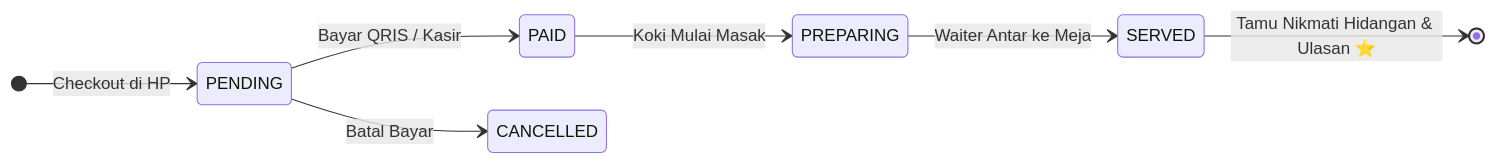
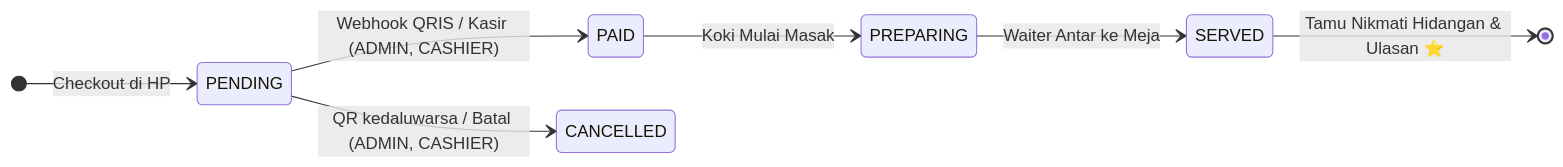
The fourth of 5 diagrams in docs/integration/frontend-integration-guide.md (dwigunardi/be-menu-scan-latihan), drawn with Mermaid before and after one commit. The commit also changed other lines of this file and 4 other files, not shown here.

````diff
--- a/docs/integration/frontend-integration-guide.md
+++ b/docs/integration/frontend-integration-guide.md
@@ -746,10 +773,10 @@
 ```mermaid
 stateDiagram-v2
     direction LR
     [*] --> PENDING : Checkout di HP
-    PENDING --> PAID : Bayar QRIS / Kasir
+    PENDING --> PAID : Webhook QRIS / Kasir (ADMIN, CASHIER)
     PAID --> PREPARING : Koki Mulai Masak
     PREPARING --> SERVED : Waiter Antar ke Meja
     SERVED --> [*] : Tamu Nikmati Hidangan & Ulasan ⭐
-    PENDING --> CANCELLED : Batal Bayar
+    PENDING --> CANCELLED : QR kedaluwarsa / Batal (ADMIN, CASHIER)
 ```
````
